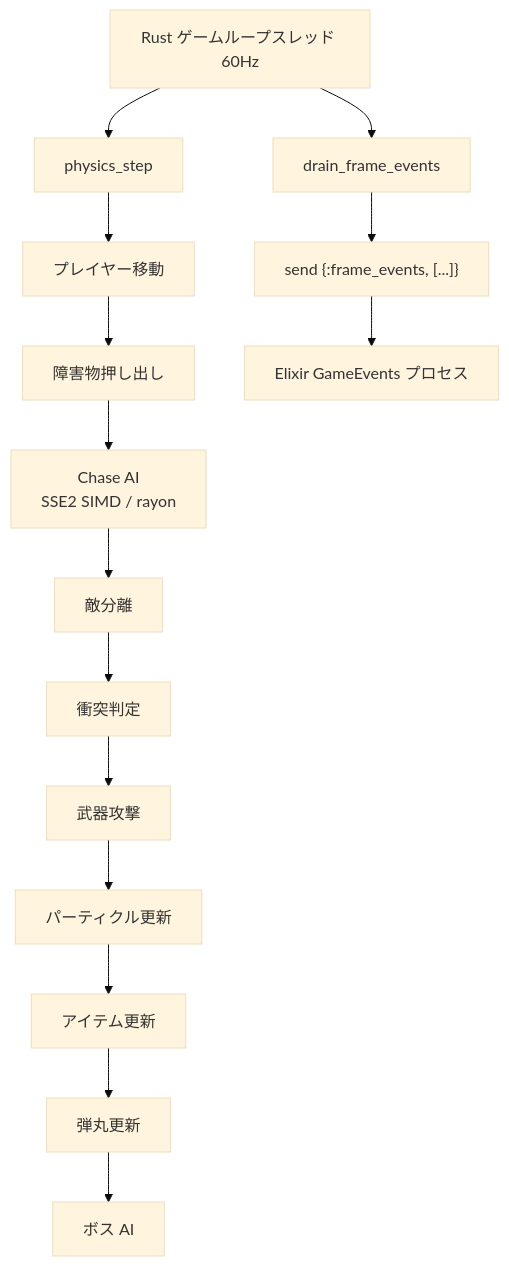
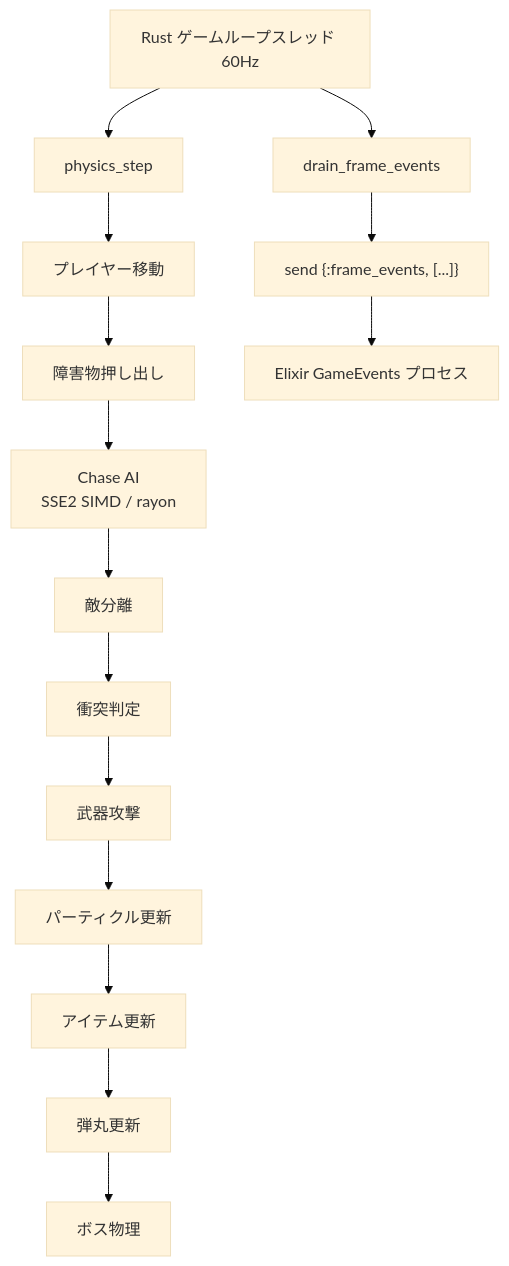
Before and after one commit to FRICK-ELDY/alchemy-engine: the second of 12 diagrams in docs/data-flow.md, drawn with Mermaid (base theme). The commit also changed other lines of this file and 4 other files, not shown here.

````diff
--- a/docs/data-flow.md
+++ b/docs/data-flow.md
@@ -46,22 +43,22 @@
 ```mermaid
 flowchart TD
     LOOP[Rust ゲームループスレッド 60Hz]
     PS[physics_step]
     PM[プレイヤー移動]
     OB[障害物押し出し]
     AI[Chase AI\nSSE2 SIMD / rayon]
     SEP[敵分離]
     COL[衝突判定]
     WEP[武器攻撃]
     PAR[パーティクル更新]
     ITEM[アイテム更新]
     BUL[弾丸更新]
-    BOSS[ボス AI]
+    BOSS[ボス物理]
     DFE[drain_frame_events]
     SEND["send {:frame_events, [...]}"]
     GEV[Elixir GameEvents プロセス]
 
     LOOP --> PS
     PS --> PM --> OB --> AI --> SEP --> COL --> WEP --> PAR --> ITEM --> BUL --> BOSS
     LOOP --> DFE --> SEND --> GEV
 ```
````
